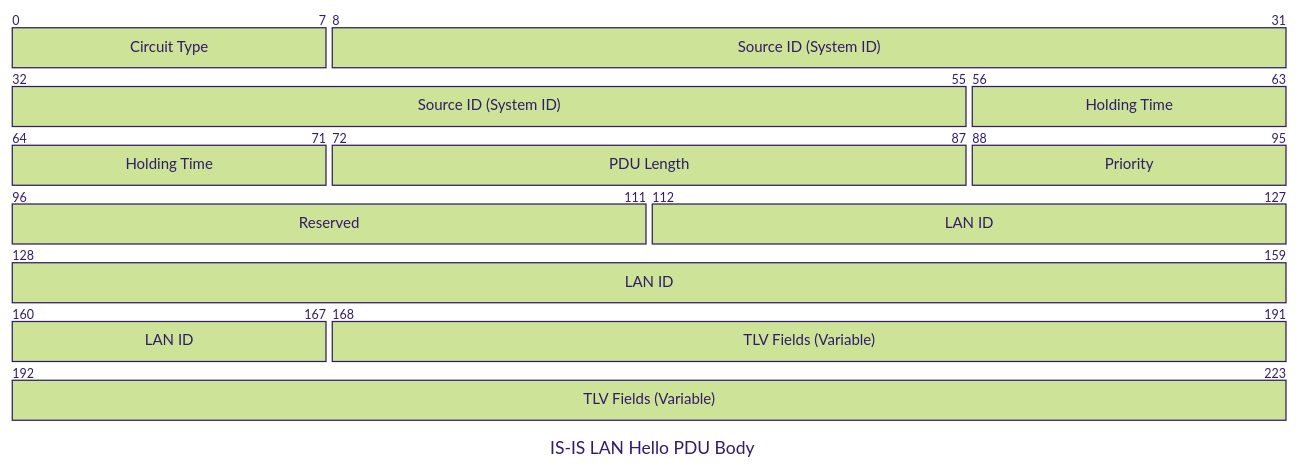
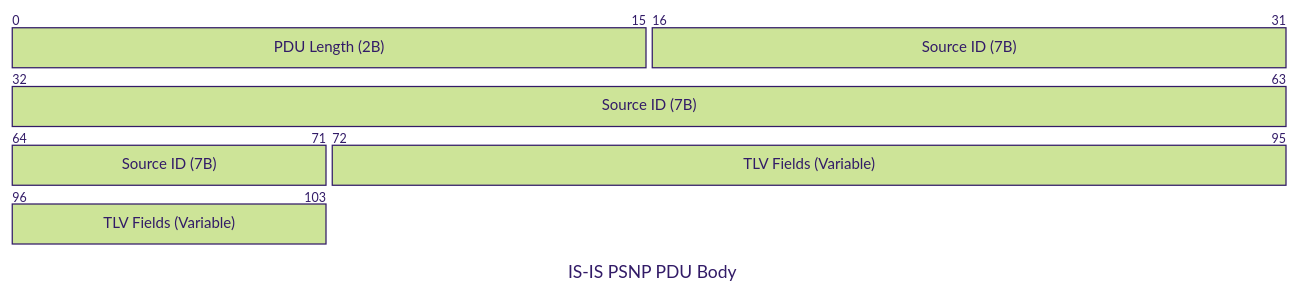
The fifth of 8 diagrams in 理论/路由技术/IS-IS(LSU待补全).md (Wavepoet/hikari_Notes_Datacom), drawn with Mermaid (forest theme) before and after one commit. The commit also changed other lines of this file and 44 other files, not shown here.

````diff
--- a/理论/路由技术/IS-IS(LSU待补全).md
+++ b/理论/路由技术/IS-IS(LSU待补全).md
@@ -389,12 +385,7 @@
 ```mermaid
 packet-beta
-title IS-IS LAN Hello PDU Body
-0-7: "Circuit Type"
-8-55: "Source ID (System ID)"
-56-71: "Holding Time"
-72-87: "PDU Length"
-88-95: "Priority"
-96-111: "Reserved"
-112-167: "LAN ID"
-168-223: "TLV Fields (Variable)"
+title IS-IS PSNP PDU Body
+0-15: "PDU Length (2B)"
+16-71: "Source ID (7B)"
+72-103: "TLV Fields (Variable)"
 ```
````
